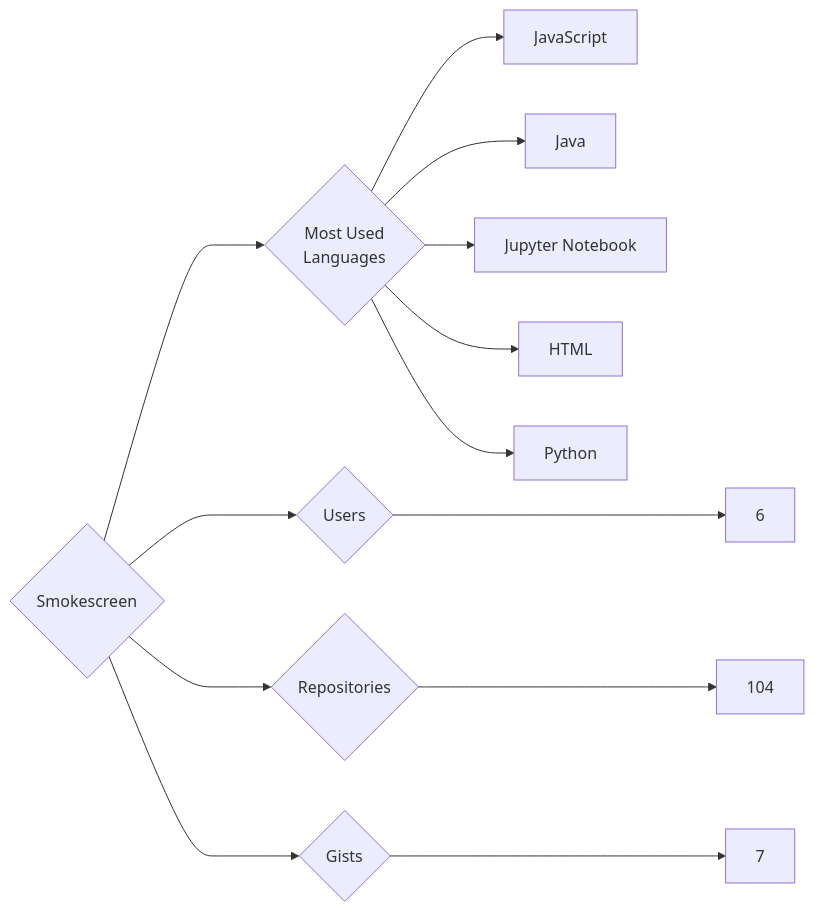
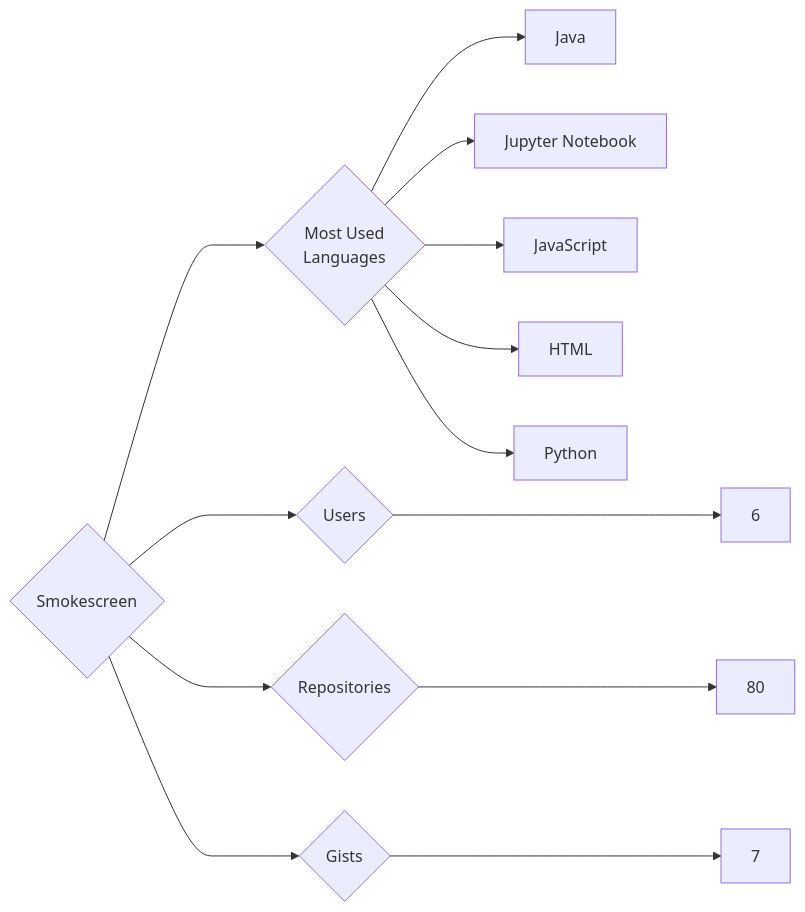
One commit to trickest/insiders changed the diagram in targets/Smokescreen/README.md. Above: the diagram before and after it, drawn with Mermaid. The commit also changed 1479 other files, not shown here.

````diff
--- a/targets/Smokescreen/README.md
+++ b/targets/Smokescreen/README.md
@@ -3,13 +3,13 @@
 ```mermaid
 graph LR
 COMPANY_NAME{Smokescreen}
 COMPANY_NAME ---> U{Users} ---> UN[6]
-COMPANY_NAME ---> R{Repositories} ---> RN[104]
+COMPANY_NAME ---> R{Repositories} ---> RN[80]
 COMPANY_NAME ---> G{Gists} ---> GN[7]
 COMPANY_NAME ---> ML{Most Used<br>Languages}
-ML --> JavaScript[JavaScript]
 ML --> Java[Java]
 ML --> Jupyter_Notebook[Jupyter Notebook]
+ML --> JavaScript[JavaScript]
 ML --> HTML[HTML]
 ML --> Python[Python]
 ```
````
